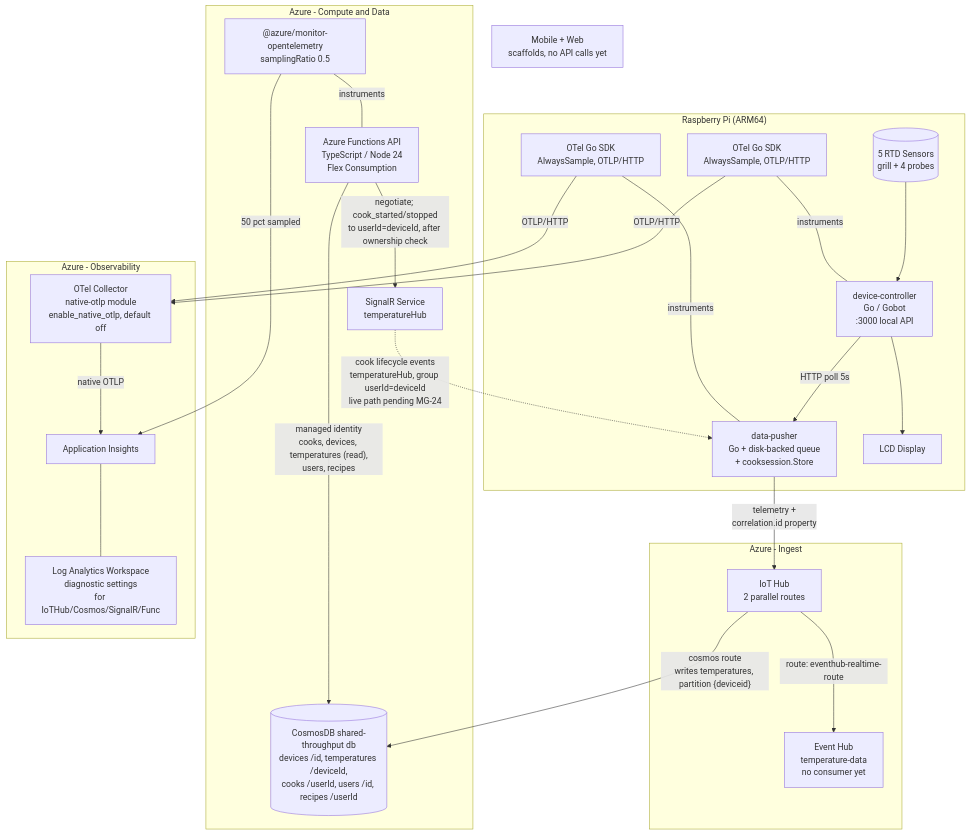
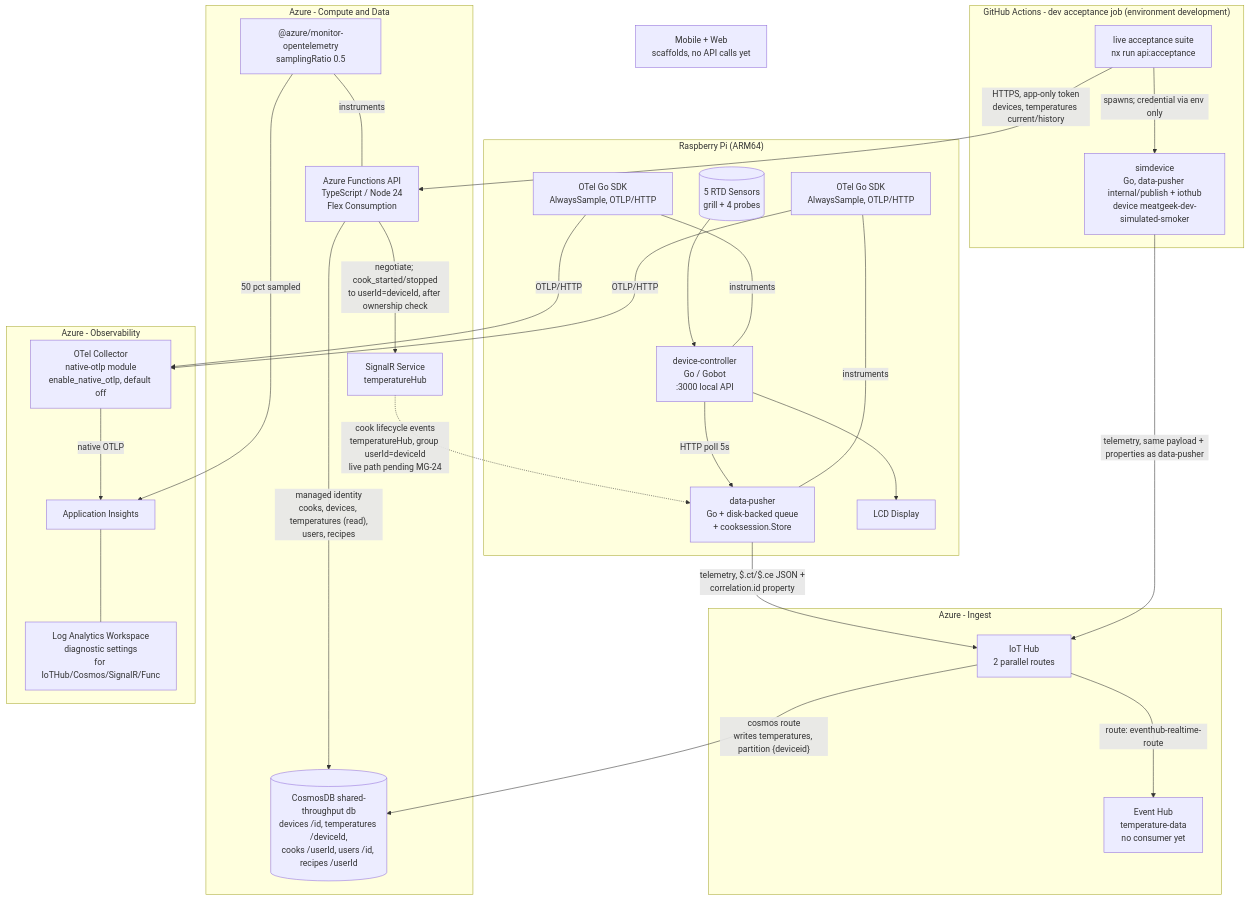
One commit to stevebargelt/meatgeekv2 changed the first of 6 diagrams in docs/architecture/diagrams.md. Above: the diagram before and after it, drawn with Mermaid. The commit also changed other lines of this file and 1 other file, not shown here.

First line of the commit message:
docs(architecture): HAR-47 simulated device, live telemetry proof, measured round-trip and history cost

````diff
--- a/docs/architecture/diagrams.md
+++ b/docs/architecture/diagrams.md
@@ -25,53 +28,61 @@
 ```mermaid
 flowchart TB
     subgraph Pi["Raspberry Pi (ARM64)"]
         Sensors[(5 RTD Sensors<br/>grill + 4 probes)]
         DC[device-controller<br/>Go / Gobot<br/>:3000 local API]
         DP[data-pusher<br/>Go + disk-backed queue<br/>+ cooksession.Store]
         LCD[LCD Display]
         OTEL_DC[OTel Go SDK<br/>AlwaysSample, OTLP/HTTP]
         OTEL_DP[OTel Go SDK<br/>AlwaysSample, OTLP/HTTP]
     end
 
     subgraph AzureIngest["Azure - Ingest"]
         IoTHub[IoT Hub<br/>2 parallel routes]
         EventHub[Event Hub<br/>temperature-data<br/>no consumer yet]
     end
 
     subgraph AzureProcess["Azure - Compute and Data"]
         Funcs[Azure Functions API<br/>TypeScript / Node 24<br/>Flex Consumption]
         OTEL_FN["@azure/monitor-opentelemetry<br/>samplingRatio 0.5"]
         Cosmos[(CosmosDB shared-throughput db<br/>devices /id, temperatures /deviceId,<br/>cooks /userId, users /id, recipes /userId)]
         SignalR[SignalR Service<br/>temperatureHub]
     end
 
     subgraph Observability["Azure - Observability"]
         Collector[OTel Collector<br/>native-otlp module<br/>enable_native_otlp, default off]
         AppI[Application Insights]
         LAW[Log Analytics Workspace<br/>diagnostic settings<br/>for IoTHub/Cosmos/SignalR/Func]
     end
 
     Clients[Mobile + Web<br/>scaffolds, no API calls yet]
 
+    subgraph CI["GitHub Actions - dev acceptance job (environment development)"]
+        SimDev["simdevice<br/>Go, data-pusher internal/publish + iothub<br/>device meatgeek-dev-simulated-smoker"]
+        Accept["live acceptance suite<br/>nx run api:acceptance"]
+    end
+
     Sensors --> DC
     DC --> LCD
     DC -- "HTTP poll 5s" --> DP
-    DP -- "telemetry +<br/>correlation.id property" --> IoTHub
+    DP -- "telemetry, $.ct/$.ce JSON +<br/>correlation.id property" --> IoTHub
+    Accept -- "spawns; credential via env only" --> SimDev
+    SimDev -- "telemetry, same payload + properties as data-pusher" --> IoTHub
+    Accept -- "HTTPS, app-only token<br/>devices, temperatures current/history" --> Funcs
 
     IoTHub -- "cosmos route<br/>writes temperatures, partition {deviceid}" --> Cosmos
     IoTHub -- "route: eventhub-realtime-route" --> EventHub
 
     Funcs -- "managed identity<br/>cooks, devices, temperatures (read),<br/>users, recipes" --> Cosmos
     Funcs -- "negotiate; cook_started/stopped<br/>to userId=deviceId, after ownership check" --> SignalR
     SignalR -. "cook lifecycle events<br/>temperatureHub, group userId=deviceId<br/>live path pending MG-24" .-> DP
 
     OTEL_DC -- instruments --- DC
     OTEL_DP -- instruments --- DP
     OTEL_FN -- instruments --- Funcs
 
     OTEL_DC -- "OTLP/HTTP" --> Collector
     OTEL_DP -- "OTLP/HTTP" --> Collector
     Collector -- "native OTLP" --> AppI
     OTEL_FN -- "50 pct sampled" --> AppI
     AppI --- LAW
 ```
````
